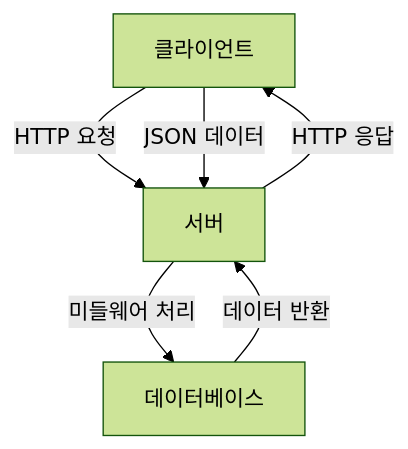
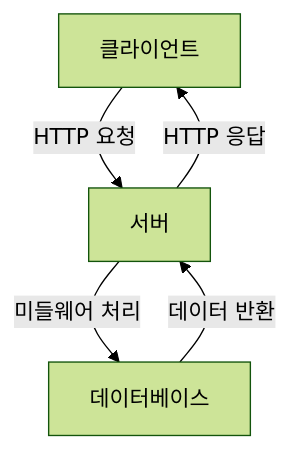
The fourth of 11 diagrams in content/post/2024/2024-09-09-rest-vs-graphql/index.md (42jerrykim/42jerrykim.github.io), drawn with Mermaid (forest theme) before and after one commit. The commit also changed other lines of this file and 239 other files, not shown here.

````diff
--- a/content/post/2024/2024-09-09-rest-vs-graphql/index.md
+++ b/content/post/2024/2024-09-09-rest-vs-graphql/index.md
@@ -345,8 +287,10 @@
 ```mermaid
-graph TD;
-    A[클라이언트] -->|HTTP 요청| B[서버]
-    B -->|HTTP 응답| A
-    A -->|JSON 데이터| B
-    B -->|미들웨어 처리| C[데이터베이스]
-    C -->|데이터 반환| B
+graph TD
+    clientNode["클라이언트"]
+    serverNode["서버"]
+    dbNode["데이터베이스"]
+    clientNode -->|"HTTP 요청"| serverNode
+    serverNode -->|"HTTP 응답"| clientNode
+    serverNode -->|"미들웨어 처리"| dbNode
+    dbNode -->|"데이터 반환"| serverNode
 ```
````
